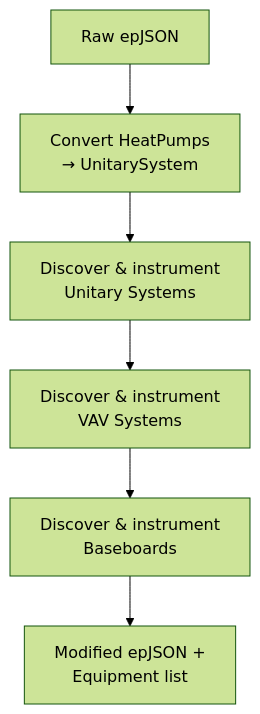
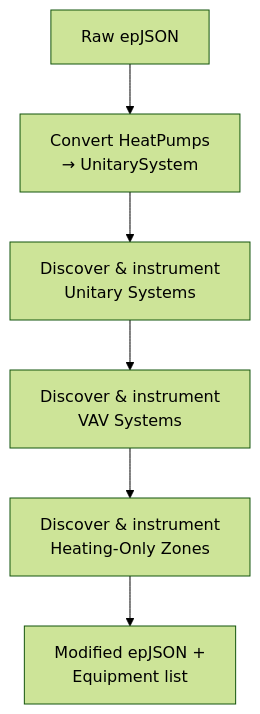
Before and after one commit to vtaboga/building2building: the fourth of 4 diagrams in docs/guide/hvac-systems.md, drawn with Mermaid (forest theme). The commit also changed other lines of this file and 19 other files, not shown here.

Commit message:
handle heating only zones

````diff
--- a/docs/guide/hvac-systems.md
+++ b/docs/guide/hvac-systems.md
@@ -202,8 +218,8 @@
 ```mermaid
 flowchart TD
     A[Raw epJSON] --> B[Convert HeatPumps<br/>→ UnitarySystem]
     B --> C[Discover & instrument<br/>Unitary Systems]
     C --> D[Discover & instrument<br/>VAV Systems]
-    D --> E[Discover & instrument<br/>Baseboards]
+    D --> E[Discover & instrument<br/>Heating-Only Zones]
     E --> F[Modified epJSON +<br/>Equipment list]
 ```
````
